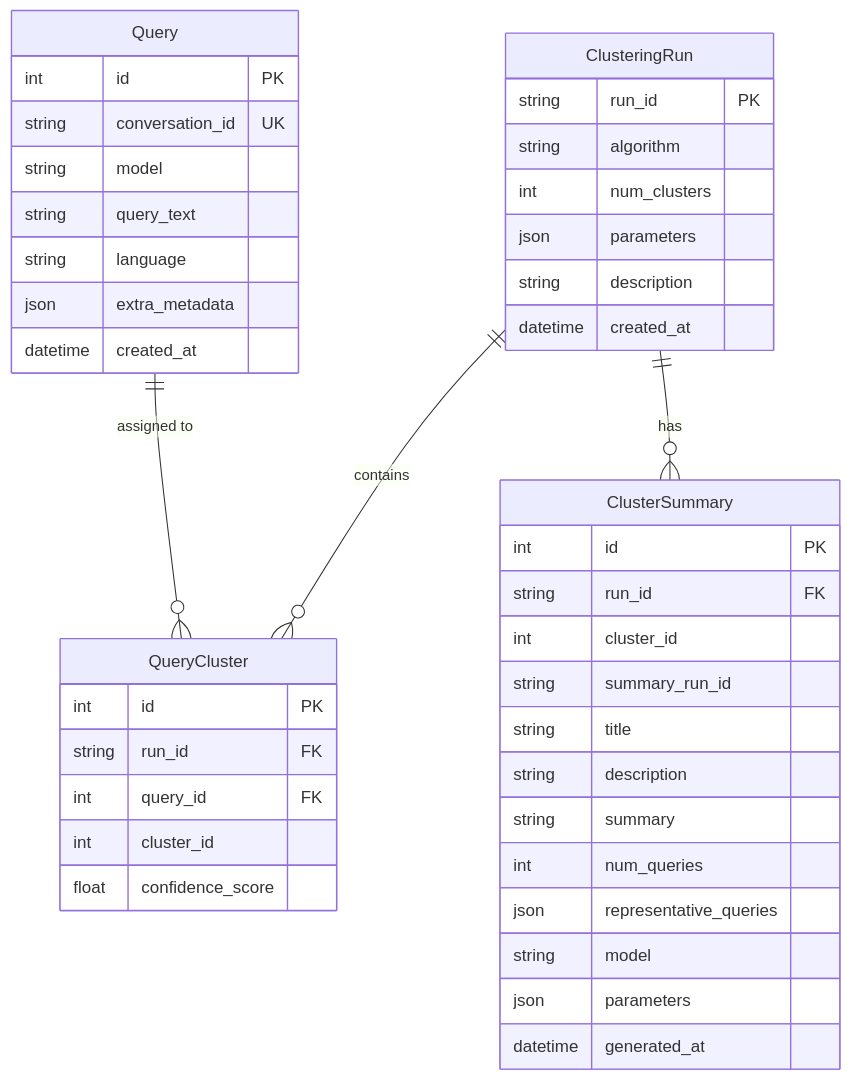
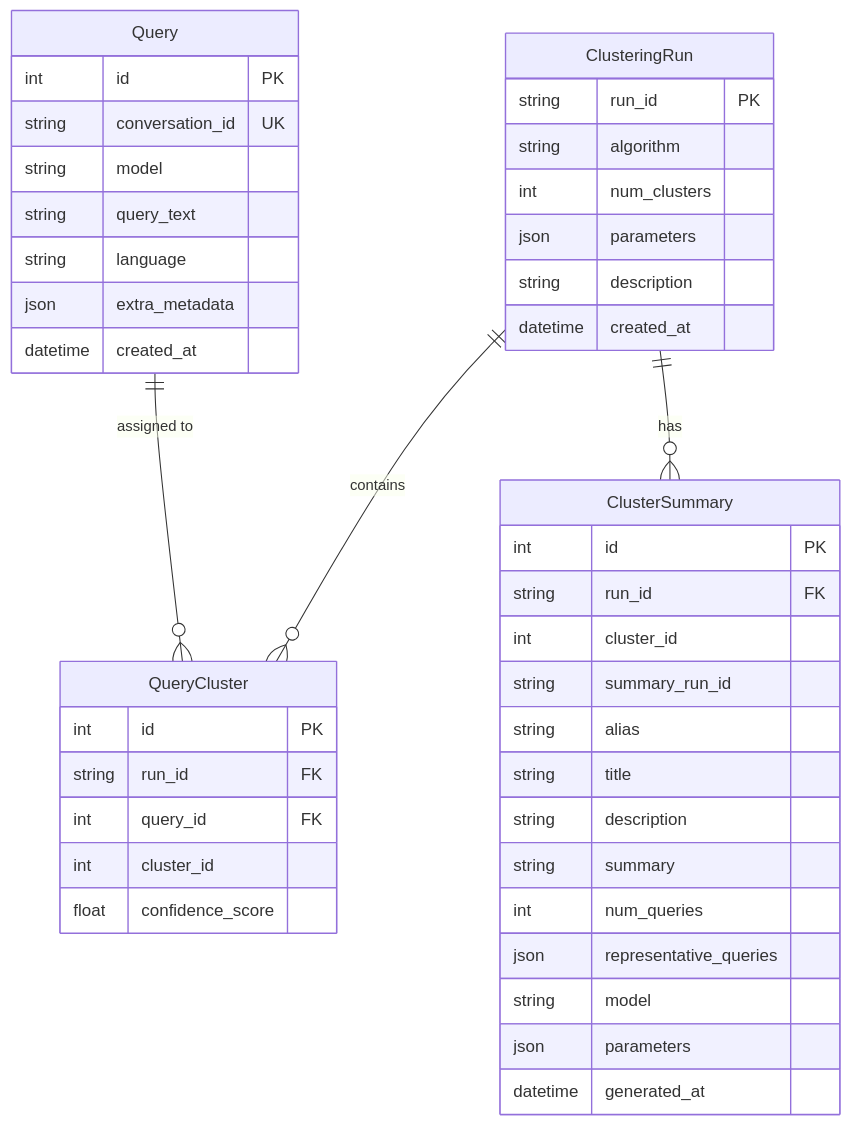
The diagram in docs/api/models.md (jxnl/lmsys-query-analysis), drawn with Mermaid before and after one commit. The commit also changed other lines of this file and 2 other files, not shown here.

````diff
--- a/docs/api/models.md
+++ b/docs/api/models.md
@@ -154,48 +158,49 @@
 ```mermaid
 erDiagram
     Query ||--o{ QueryCluster : "assigned to"
     ClusteringRun ||--o{ QueryCluster : "contains"
     ClusteringRun ||--o{ ClusterSummary : "has"
 
     Query {
         int id PK
         string conversation_id UK
         string model
         string query_text
         string language
         json extra_metadata
         datetime created_at
     }
 
     ClusteringRun {
         string run_id PK
         string algorithm
         int num_clusters
         json parameters
         string description
         datetime created_at
     }
 
     QueryCluster {
         int id PK
         string run_id FK
         int query_id FK
         int cluster_id
         float confidence_score
     }
 
     ClusterSummary {
         int id PK
         string run_id FK
         int cluster_id
         string summary_run_id
+        string alias
         string title
         string description
         string summary
         int num_queries
         json representative_queries
         string model
         json parameters
         datetime generated_at
     }
 ```
````
